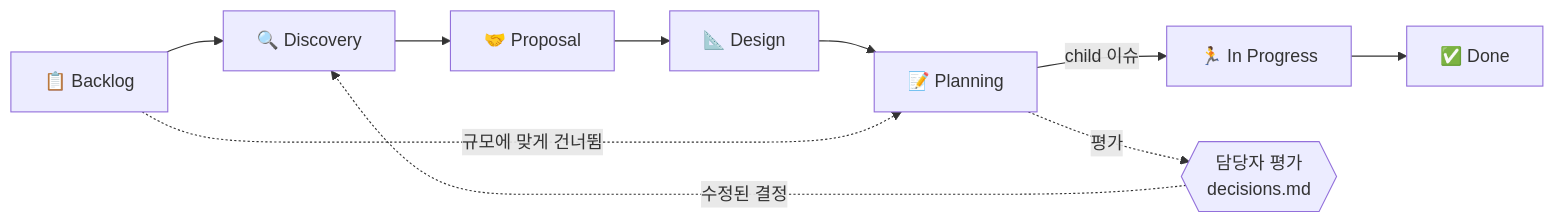
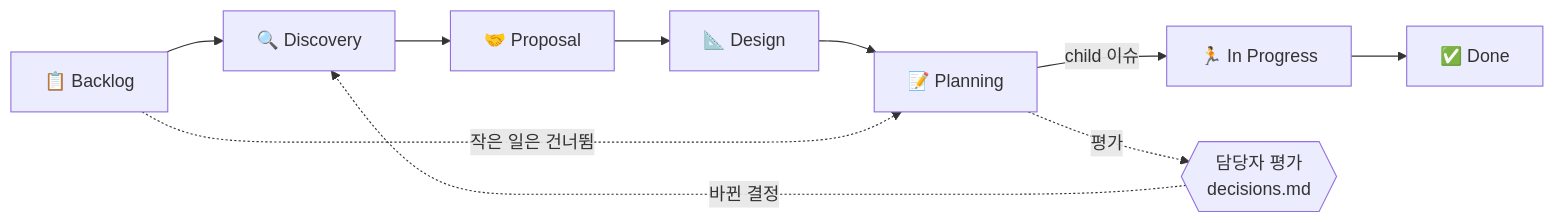
Before and after one commit to JongWoong88/workbench-engine: the first of 2 diagrams in README.md, drawn with Mermaid. The commit also changed other lines of this file and 2 other files, not shown here.

````diff
--- a/README.md
+++ b/README.md
@@ -58,12 +168,12 @@
 ```mermaid
 flowchart LR
   B[📋 Backlog] --> D[🔍 Discovery]
   D --> P[🤝 Proposal]
   P --> S[📐 Design]
   S --> L[📝 Planning]
-  B -. 규모에 맞게 건너뜀 .-> L
+  B -. 작은 일은 건너뜀 .-> L
   L -->|child 이슈| I[🏃 In Progress]
   I --> X[✅ Done]
   L -. 평가 .-> E{{담당자 평가<br>decisions.md}}
-  E -. 수정된 결정 .-> D
+  E -. 바뀐 결정 .-> D
 ```
````
